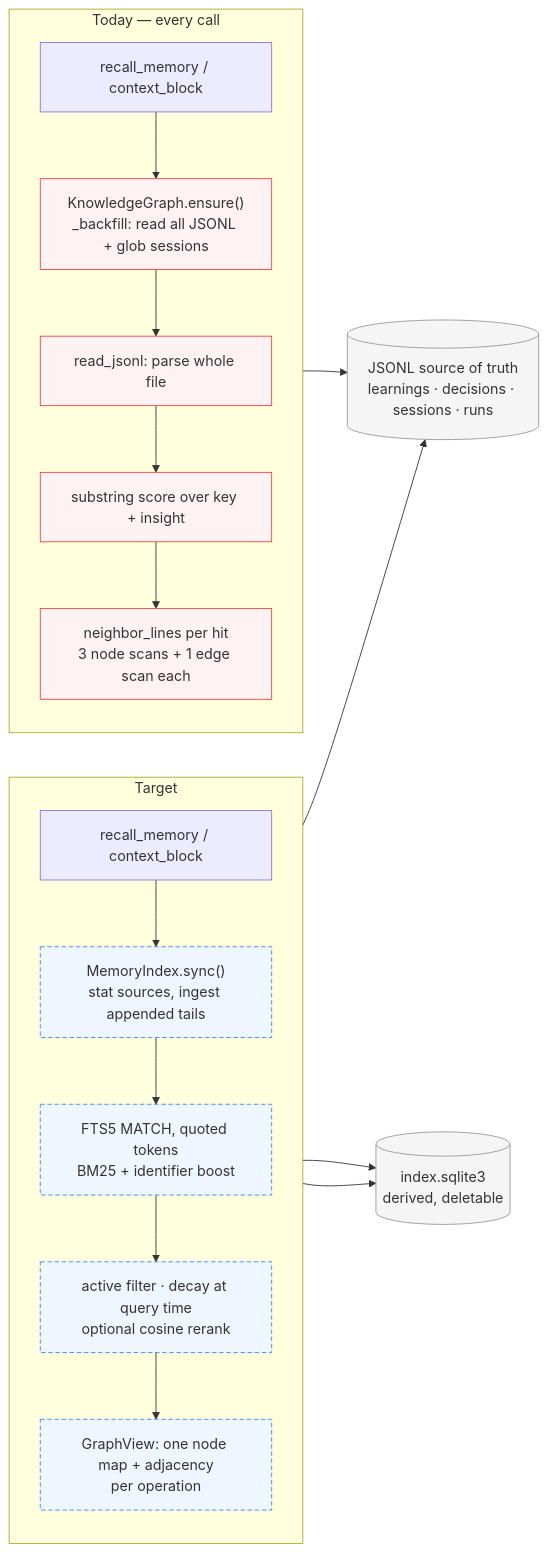
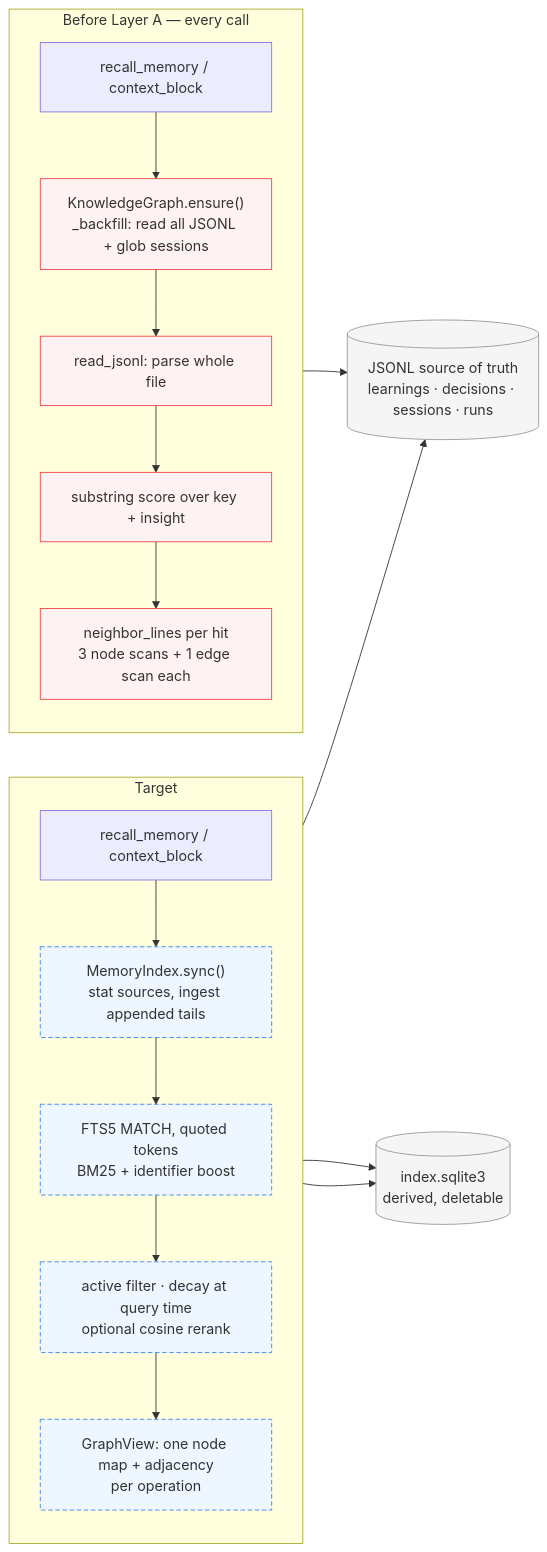
Before and after one commit to XD-Builder/environment-setup: the first of 4 diagrams in lmloop/docs/DESIGN_MEMORY_RETRIEVAL.md, drawn with Mermaid. The commit also changed other lines of this file and 24 other files, not shown here.

First line of the commit message:
feat: finish flow suggestion rules and archive contradictory specs (#70)

````diff
--- a/lmloop/docs/DESIGN_MEMORY_RETRIEVAL.md
+++ b/lmloop/docs/DESIGN_MEMORY_RETRIEVAL.md
@@ -111,30 +115,30 @@
 ```mermaid
 flowchart LR
   classDef new fill:#eef6ff,stroke:#3b82f6,stroke-dasharray:5 3
   classDef hot fill:#fef2f2,stroke:#ef4444
   classDef ext fill:#f5f5f5,stroke:#999
 
-  subgraph today["Today — every call"]
+  subgraph today["Before Layer A — every call"]
     direction TB
     t_call["recall_memory / context_block"] --> t_ensure["KnowledgeGraph.ensure()<br/>_backfill: read all JSONL + glob sessions"]:::hot
     t_ensure --> t_scan["read_jsonl: parse whole file"]:::hot
     t_scan --> t_sub["substring score over key + insight"]:::hot
     t_sub --> t_nb["neighbor_lines per hit<br/>3 node scans + 1 edge scan each"]:::hot
   end
 
   subgraph target["Target"]
     direction TB
     g_call["recall_memory / context_block"] --> g_sync["MemoryIndex.sync()<br/>stat sources, ingest appended tails"]:::new
     g_sync --> g_q["FTS5 MATCH, quoted tokens<br/>BM25 + identifier boost"]:::new
     g_q --> g_rank["active filter · decay at query time<br/>optional cosine rerank"]:::new
     g_rank --> g_view["GraphView: one node map + adjacency<br/>per operation"]:::new
   end
 
   jsonl[("JSONL source of truth<br/>learnings · decisions · sessions · runs")]:::ext
   idx[("index.sqlite3<br/>derived, deletable")]:::ext
 
   t_scan --> jsonl
   g_sync --> jsonl
   g_sync --> idx
   g_q --> idx
 ```
````
